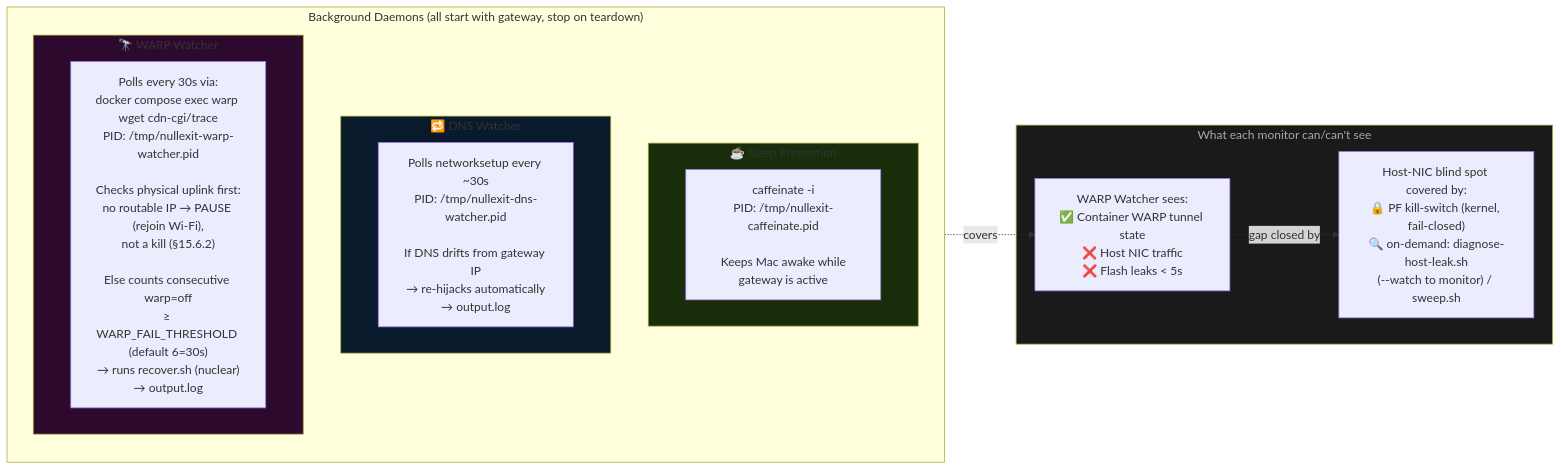
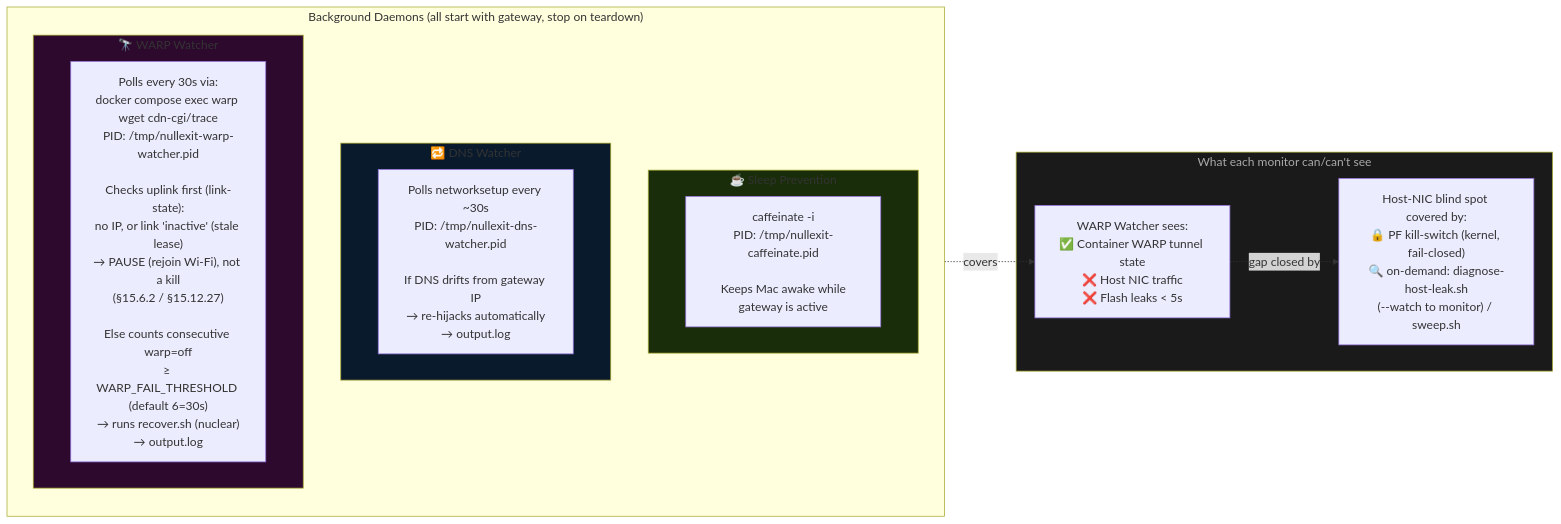
Before and after one commit to OmarAlaaeldein/nullexit: the fourth of 7 diagrams in diagrams.md, drawn with Mermaid. The commit also changed 7 other files, not shown here.

First line of the commit message:
fix(warp-watcher): link-state guard closes the stale-lease false-kill

````diff
--- a/diagrams.md
+++ b/diagrams.md
@@ -181,32 +181,32 @@
 ```mermaid
 graph LR
     subgraph DAEMONS["Background Daemons (all start with gateway, stop on teardown)"]
         direction TB
 
         subgraph D1["☕ Sleep Prevention"]
             CAFF["caffeinate -i\nPID: /tmp/nullexit-caffeinate.pid\n\nKeeps Mac awake while\ngateway is active"]
         end
 
         subgraph D2["🔁 DNS Watcher"]
             DNSW["Polls networksetup every ~30s\nPID: /tmp/nullexit-dns-watcher.pid\n\nIf DNS drifts from gateway IP\n→ re-hijacks automatically\n→ output.log"]
         end
 
         subgraph D3["🔭 WARP Watcher"]
-            WARPW["Polls every 30s via:\ndocker compose exec warp wget cdn-cgi/trace\nPID: /tmp/nullexit-warp-watcher.pid\n\nChecks physical uplink first:\nno routable IP → PAUSE (rejoin Wi-Fi),\nnot a kill (§15.6.2)\n\nElse counts consecutive warp=off\n≥ WARP_FAIL_THRESHOLD (default 6=30s)\n→ runs recover.sh (nuclear)\n→ output.log"]
+            WARPW["Polls every 30s via:\ndocker compose exec warp wget cdn-cgi/trace\nPID: /tmp/nullexit-warp-watcher.pid\n\nChecks uplink first (link-state):\nno IP, or link 'inactive' (stale lease)\n→ PAUSE (rejoin Wi-Fi), not a kill\n(§15.6.2 / §15.12.27)\n\nElse counts consecutive warp=off\n≥ WARP_FAIL_THRESHOLD (default 6=30s)\n→ runs recover.sh (nuclear)\n→ output.log"]
         end
 
     end
 
     subgraph BLIND["What each monitor can/can't see"]
         B1["WARP Watcher sees:\n✅ Container WARP tunnel state\n❌ Host NIC traffic\n❌ Flash leaks < 5s"]
         B2["Host-NIC blind spot covered by:\n🔒 PF kill-switch (kernel, fail-closed)\n🔍 on-demand: diagnose-host-leak.sh\n(--watch to monitor) / sweep.sh"]
     end
 
     D3 -.->|"covers"| B1
     B1 -.->|"gap closed by"| B2
 
     style D1 fill:#1a2d0a
     style D2 fill:#0a1a2d
     style D3 fill:#2d0a2d
     style BLIND fill:#1a1a1a,color:#aaa
 ```
````
